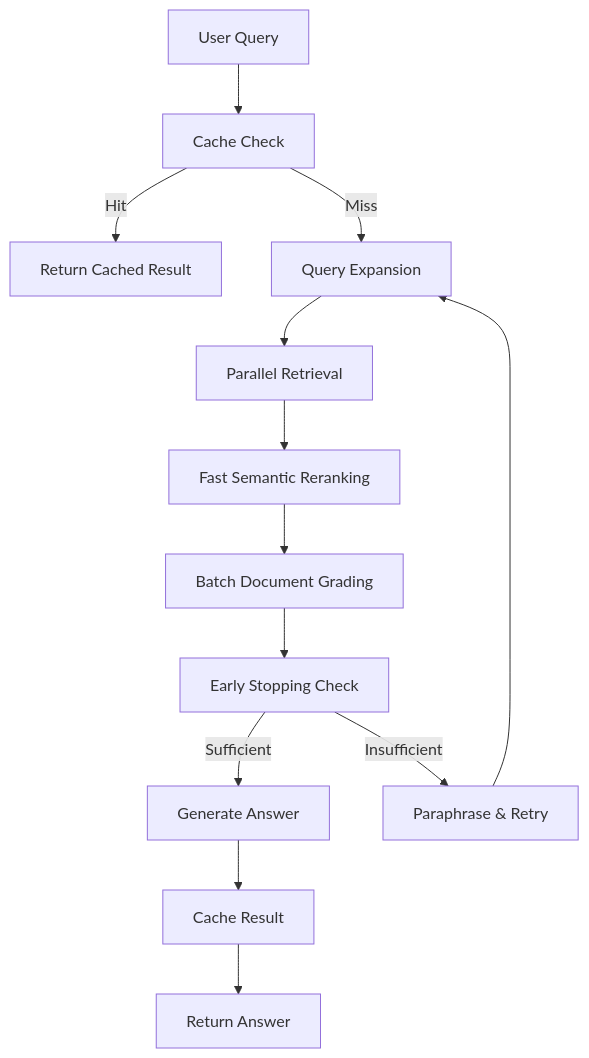
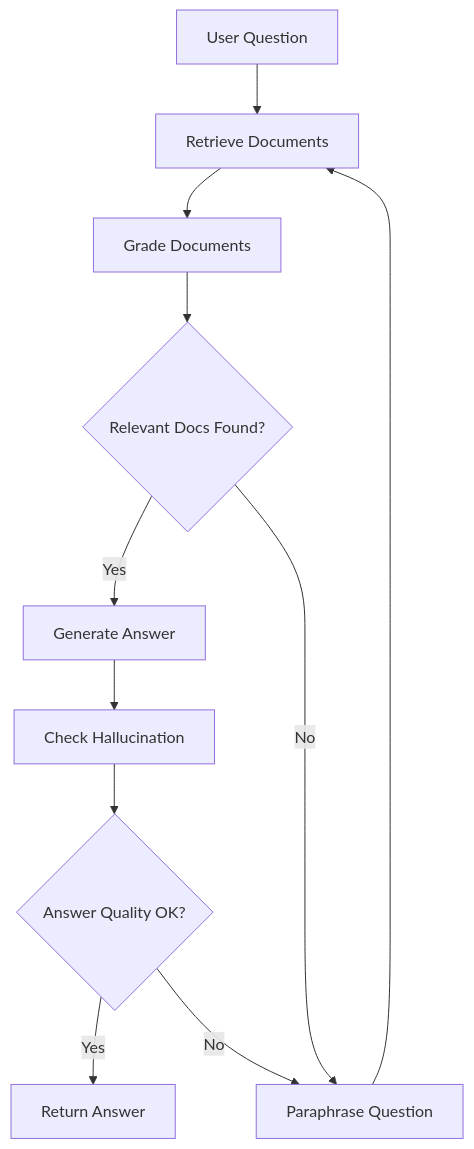
One commit to zarreh/genai_docs_helper changed the diagram in README.md. Above: the diagram before and after it, drawn with Mermaid. The commit also changed other lines of this file and 4 other files, not shown here.

````diff
--- a/README.md
+++ b/README.md
@@ -46,15 +20,13 @@
 ```mermaid
 graph TD
-    A[User Query] --> B[Cache Check]
-    B -->|Hit| C[Return Cached Result]
-    B -->|Miss| D[Query Expansion]
-    D --> E[Parallel Retrieval]
-    E --> F[Fast Semantic Reranking]
-    F --> G[Batch Document Grading]
-    G --> H[Early Stopping Check]
-    H -->|Sufficient| I[Generate Answer]
-    H -->|Insufficient| J[Paraphrase & Retry]
-    I --> K[Cache Result]
-    K --> L[Return Answer]
-    J --> D
+    A[User Question] --> B[Retrieve Documents]
+    B --> C[Grade Documents]
+    C --> D{Relevant Docs Found?}
+    D -->|Yes| E[Generate Answer]
+    D -->|No| F[Paraphrase Question]
+    F --> B
+    E --> G[Check Hallucination]
+    G --> H{Answer Quality OK?}
+    H -->|Yes| I[Return Answer]
+    H -->|No| F
 ```
````
